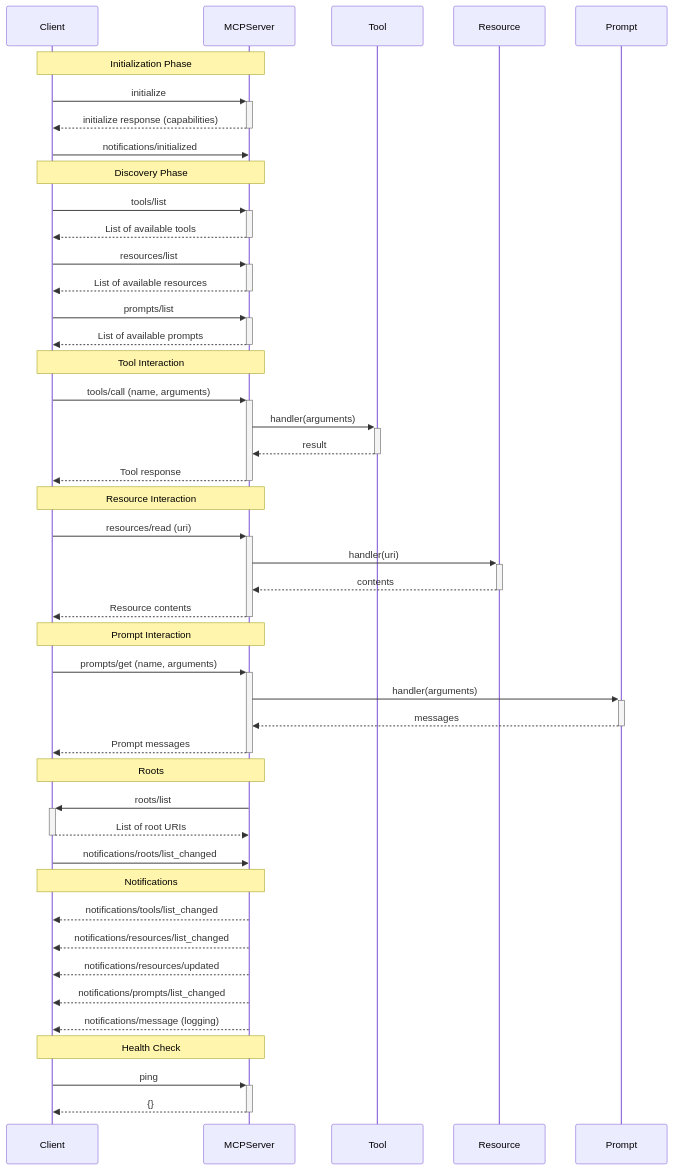
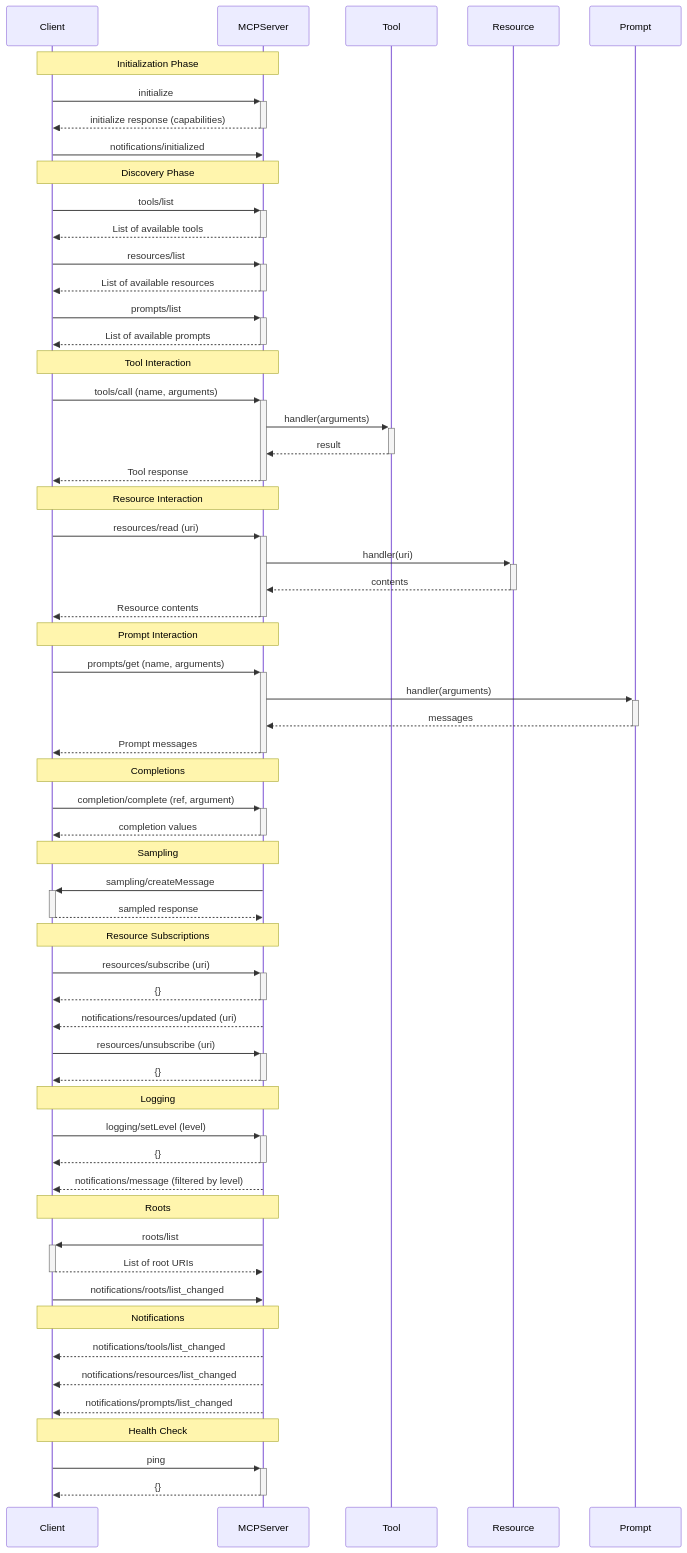
Before and after one commit to maniginam/mcp-clojure-sdk: the diagram in README.md, drawn with Mermaid. The commit also changed other lines of this file, not shown here.

First line of the commit message:
docs: Update README with completions, sampling, logging, subscriptions, dynamic registration

````diff
--- a/README.md
+++ b/README.md
@@ -303,57 +350,75 @@
 ```mermaid
 sequenceDiagram
     participant Client
     participant MCPServer
     participant Tool
     participant Resource
     participant Prompt
 
     Note over Client,MCPServer: Initialization Phase
     Client->>+MCPServer: initialize
     MCPServer-->>-Client: initialize response (capabilities)
     Client->>MCPServer: notifications/initialized
 
     Note over Client,MCPServer: Discovery Phase
     Client->>+MCPServer: tools/list
     MCPServer-->>-Client: List of available tools
 
     Client->>+MCPServer: resources/list
     MCPServer-->>-Client: List of available resources
 
     Client->>+MCPServer: prompts/list
     MCPServer-->>-Client: List of available prompts
 
     Note over Client,MCPServer: Tool Interaction
     Client->>+MCPServer: tools/call (name, arguments)
     MCPServer->>+Tool: handler(arguments)
     Tool-->>-MCPServer: result
     MCPServer-->>-Client: Tool response
 
     Note over Client,MCPServer: Resource Interaction
     Client->>+MCPServer: resources/read (uri)
     MCPServer->>+Resource: handler(uri)
     Resource-->>-MCPServer: contents
     MCPServer-->>-Client: Resource contents
 
     Note over Client,MCPServer: Prompt Interaction
     Client->>+MCPServer: prompts/get (name, arguments)
     MCPServer->>+Prompt: handler(arguments)
     Prompt-->>-MCPServer: messages
     MCPServer-->>-Client: Prompt messages
 
+    Note over Client,MCPServer: Completions
+    Client->>+MCPServer: completion/complete (ref, argument)
+    MCPServer-->>-Client: completion values
+
+    Note over Client,MCPServer: Sampling
+    MCPServer->>+Client: sampling/createMessage
+    Client-->>-MCPServer: sampled response
+
+    Note over Client,MCPServer: Resource Subscriptions
+    Client->>+MCPServer: resources/subscribe (uri)
+    MCPServer-->>-Client: {}
+    MCPServer-->>Client: notifications/resources/updated (uri)
+    Client->>+MCPServer: resources/unsubscribe (uri)
+    MCPServer-->>-Client: {}
+
+    Note over Client,MCPServer: Logging
+    Client->>+MCPServer: logging/setLevel (level)
+    MCPServer-->>-Client: {}
+    MCPServer-->>Client: notifications/message (filtered by level)
+
     Note over Client,MCPServer: Roots
     MCPServer->>+Client: roots/list
     Client-->>-MCPServer: List of root URIs
     Client->>MCPServer: notifications/roots/list_changed
 
     Note over Client,MCPServer: Notifications
     MCPServer-->>Client: notifications/tools/list_changed
     MCPServer-->>Client: notifications/resources/list_changed
-    MCPServer-->>Client: notifications/resources/updated
     MCPServer-->>Client: notifications/prompts/list_changed
-    MCPServer-->>Client: notifications/message (logging)
 
     Note over Client,MCPServer: Health Check
     Client->>+MCPServer: ping
     MCPServer-->>-Client: {}
 ```
````
